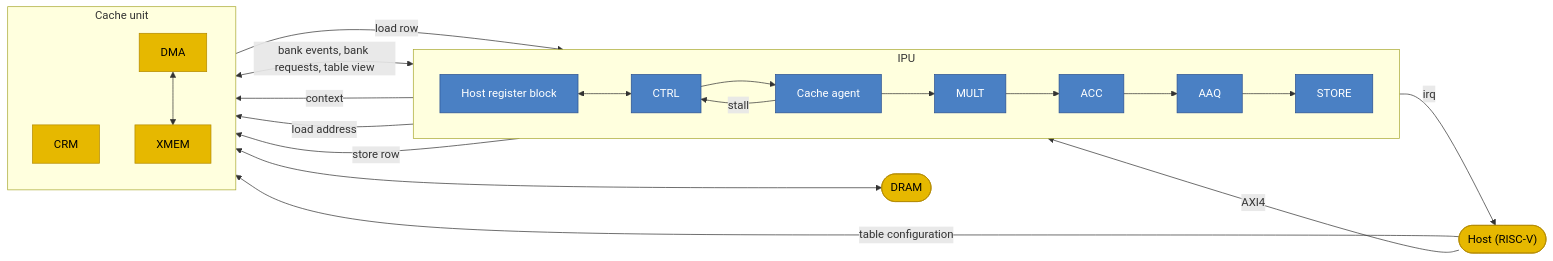
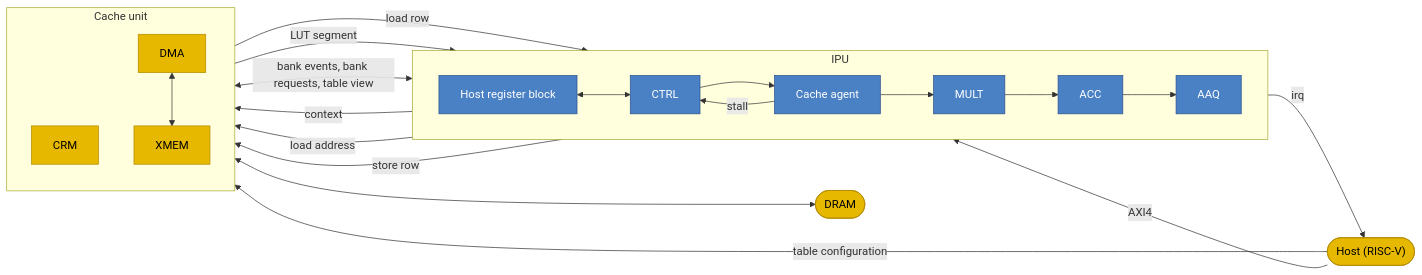
One commit to rechefe/ipu-emulator changed the first of 2 diagrams in docs/content/requirements/architecture.md. Above: the diagram before and after it, drawn with Mermaid. The commit also changed other lines of this file and 16 other files, not shown here.

````diff
--- a/docs/content/requirements/architecture.md
+++ b/docs/content/requirements/architecture.md
@@ -5,45 +5,44 @@
 ```mermaid
 flowchart LR
     HOST(["Host (RISC-V)"]):::ext
 
     subgraph IPU["IPU"]
         direction LR
         REGS["Host register block"]:::blk
         CTRL["CTRL"]:::blk
         AGENT["Cache agent"]:::blk
         MULT["MULT"]:::blk
         ACC["ACC"]:::blk
         AAQ["AAQ"]:::blk
-        STORE["STORE"]:::blk
     end
 
     subgraph CU["Cache unit"]
         direction TB
         CRM["CRM"]:::ext
         XMEM["XMEM"]:::ext
         DMA["DMA"]:::ext
     end
 
     DRAM(["DRAM"]):::ext
 
     HOST -->|AXI4| REGS
     REGS -->|irq| HOST
     REGS <--> CTRL
     CTRL --> AGENT
     AGENT -->|stall| CTRL
     AGENT --> MULT
     MULT --> ACC
     ACC --> AAQ
-    AAQ --> STORE
     AGENT <-->|bank events, bank requests, table view| CRM
     CTRL -->|context| CRM
     AGENT -->|load address| XMEM
     XMEM -->|load row| MULT
-    STORE -->|store row| XMEM
+    XMEM -->|LUT segment| AAQ
+    AAQ -->|store row| XMEM
     DMA <--> XMEM
     DMA <--> DRAM
     HOST -->|table configuration| CRM
 
     classDef blk fill:#4a80c4,stroke:#2a5090,color:#fff
     classDef ext fill:#e6b800,stroke:#b38a00,color:#000
 ```
````
